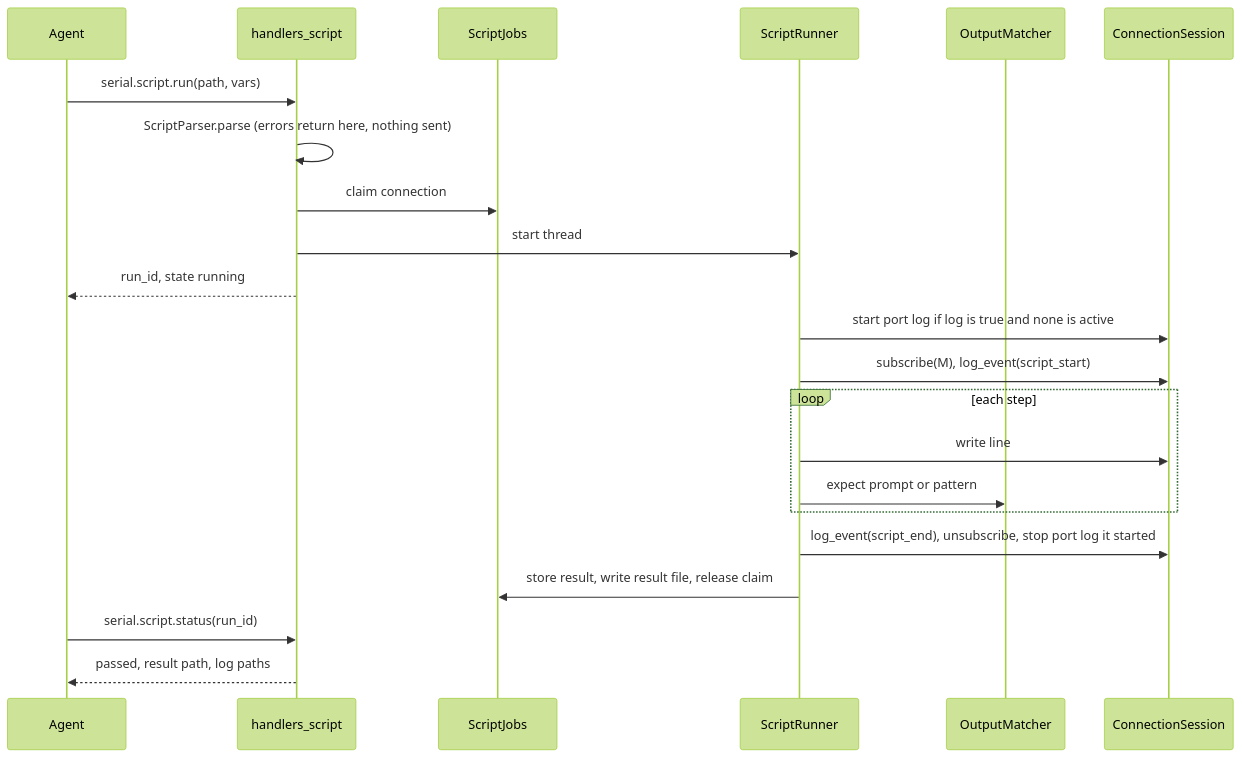
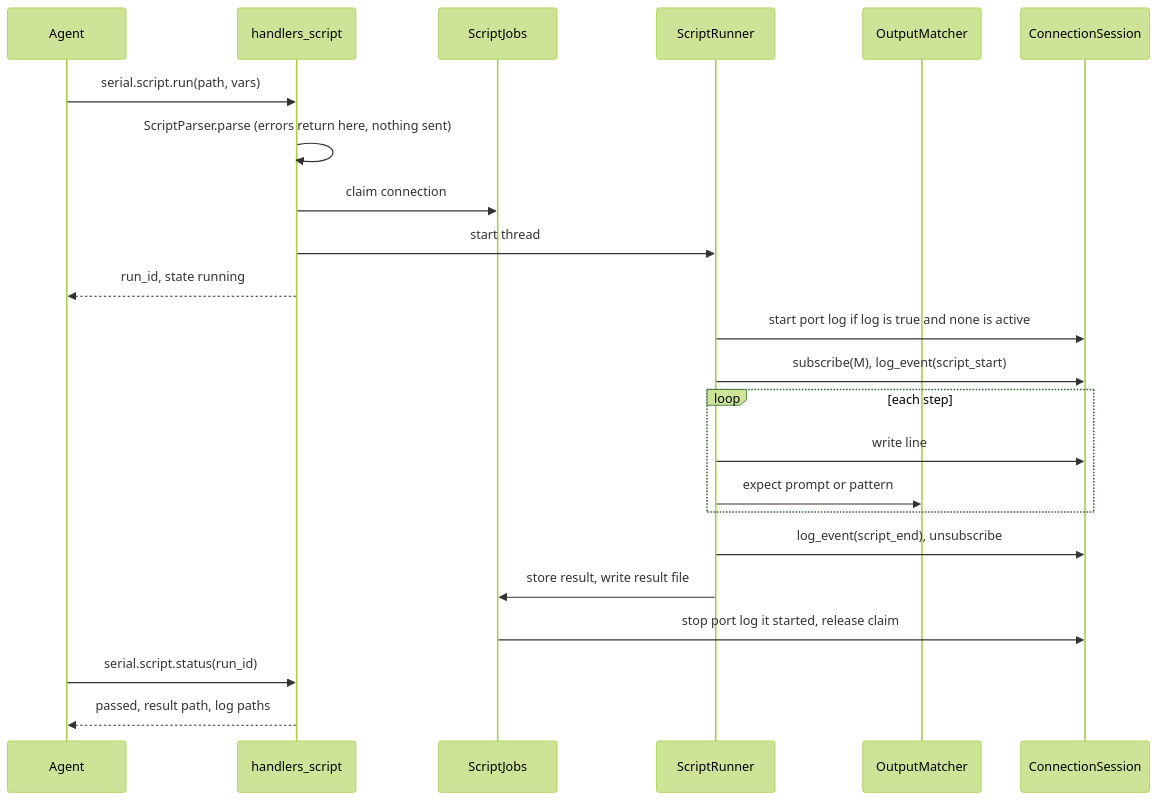
Before and after one commit to jonatsu/serial-mcp-server: the third of 4 diagrams in docs/plans/script-runner-design.md, drawn with Mermaid (forest theme). The commit also changed other lines of this file and 1 other file, not shown here.

````diff
--- a/docs/plans/script-runner-design.md
+++ b/docs/plans/script-runner-design.md
@@ -180,24 +180,25 @@
 ```mermaid
 sequenceDiagram
     participant A as Agent
     participant T as handlers_script
     participant J as ScriptJobs
     participant R as ScriptRunner
     participant M as OutputMatcher
     participant S as ConnectionSession
     A->>T: serial.script.run(path, vars)
     T->>T: ScriptParser.parse (errors return here, nothing sent)
     T->>J: claim connection
     T->>R: start thread
     T-->>A: run_id, state running
     R->>S: start port log if log is true and none is active
     R->>S: subscribe(M), log_event(script_start)
     loop each step
         R->>S: write line
         R->>M: expect prompt or pattern
     end
-    R->>S: log_event(script_end), unsubscribe, stop port log it started
-    R->>J: store result, write result file, release claim
+    R->>S: log_event(script_end), unsubscribe
+    R->>J: store result, write result file
+    J->>S: stop port log it started, release claim
     A->>T: serial.script.status(run_id)
     T-->>A: passed, result path, log paths
 ```
````
